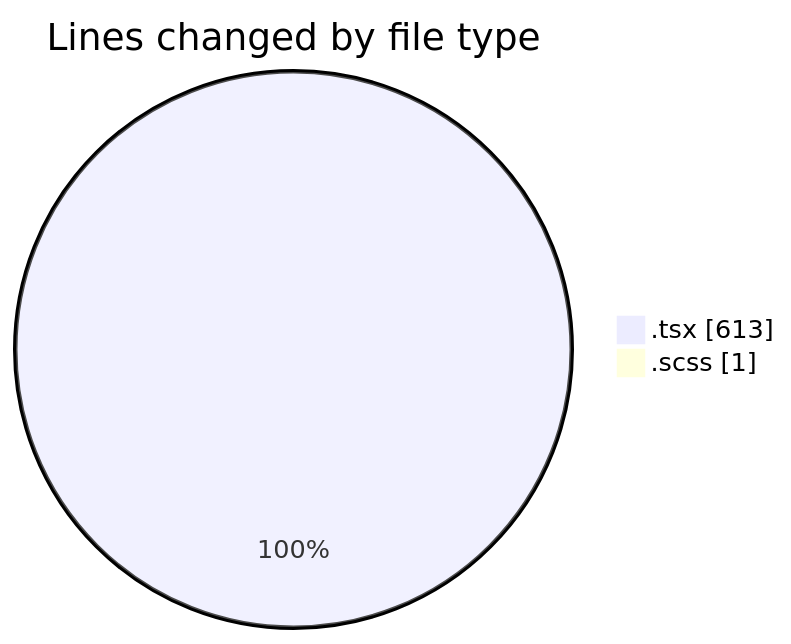
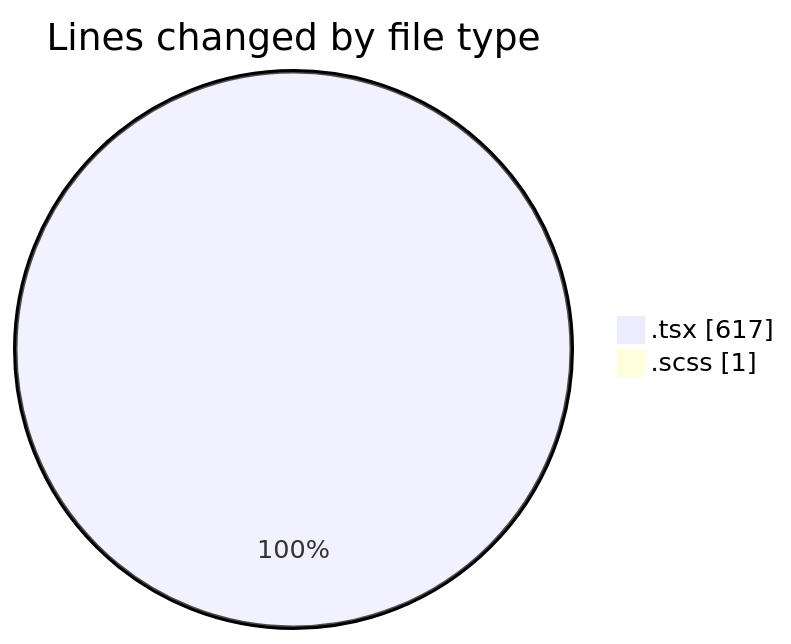
The first of 2 diagrams in 2025-03-19/cda/README.md (momahboobian/code-tracking), drawn with Mermaid before and after one commit. The commit also changed other lines of this file and 1 other file, not shown here.

````diff
--- a/2025-03-19/cda/README.md
+++ b/2025-03-19/cda/README.md
@@ -23,6 +23,6 @@
 ```mermaid
 pie showData
 title Lines changed by file type
-".tsx" : 613
+".tsx" : 617
 ".scss" : 1
 ```
````
